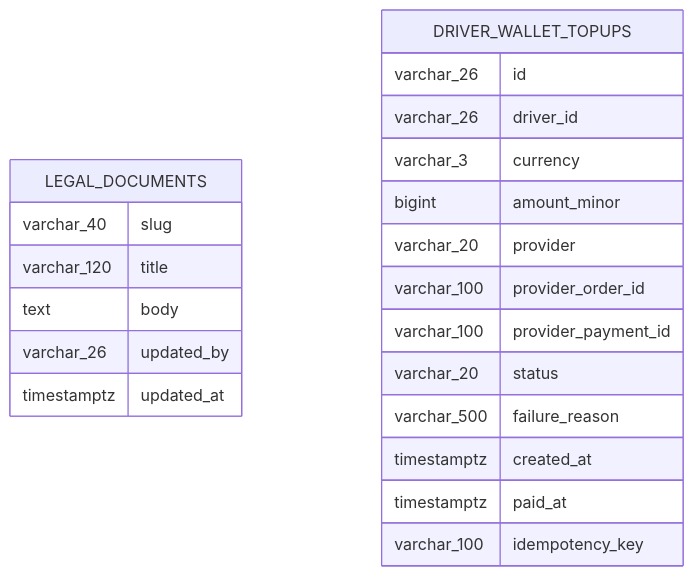
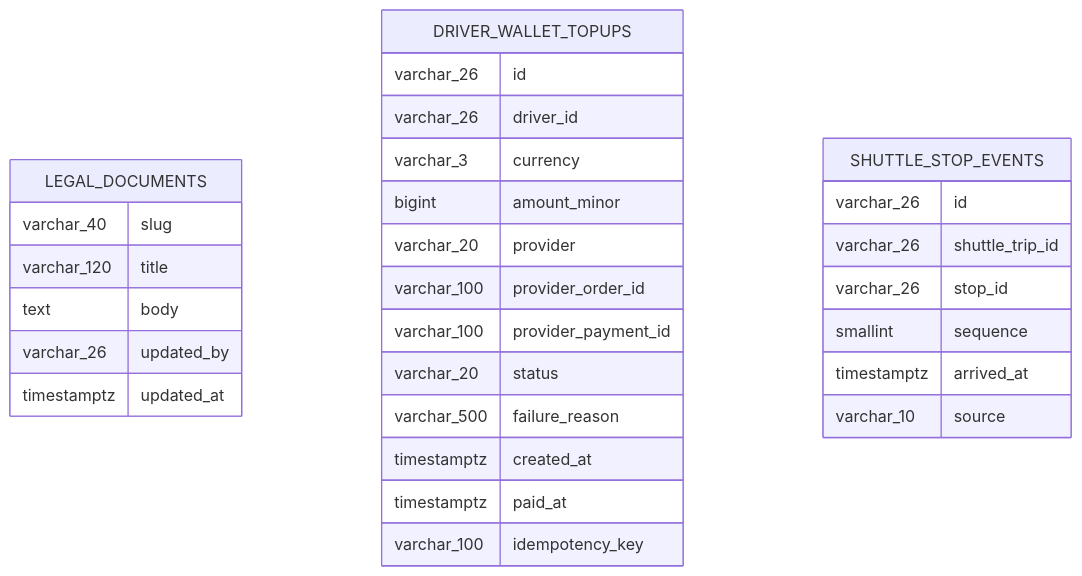
Before and after one commit to kumarprince06/ridex-platform: the ninth of 9 diagrams in docs/09-Project-ERD.md, drawn with Mermaid. The commit also changed other lines of this file and 2 other files, not shown here.

Commit message:
docs: regenerate the contract and ERD for live shuttle tracking

````diff
--- a/docs/09-Project-ERD.md
+++ b/docs/09-Project-ERD.md
@@ -700,24 +701,32 @@
 ```mermaid
 erDiagram
     LEGAL_DOCUMENTS {
       varchar_40 slug
       varchar_120 title
       text body
       varchar_26 updated_by
       timestamptz updated_at
     }
     DRIVER_WALLET_TOPUPS {
       varchar_26 id
       varchar_26 driver_id
       varchar_3 currency
       bigint amount_minor
       varchar_20 provider
       varchar_100 provider_order_id
       varchar_100 provider_payment_id
       varchar_20 status
       varchar_500 failure_reason
       timestamptz created_at
       timestamptz paid_at
       varchar_100 idempotency_key
     }
+    SHUTTLE_STOP_EVENTS {
+      varchar_26 id
+      varchar_26 shuttle_trip_id
+      varchar_26 stop_id
+      smallint sequence
+      timestamptz arrived_at
+      varchar_10 source
+    }
 ```
````
